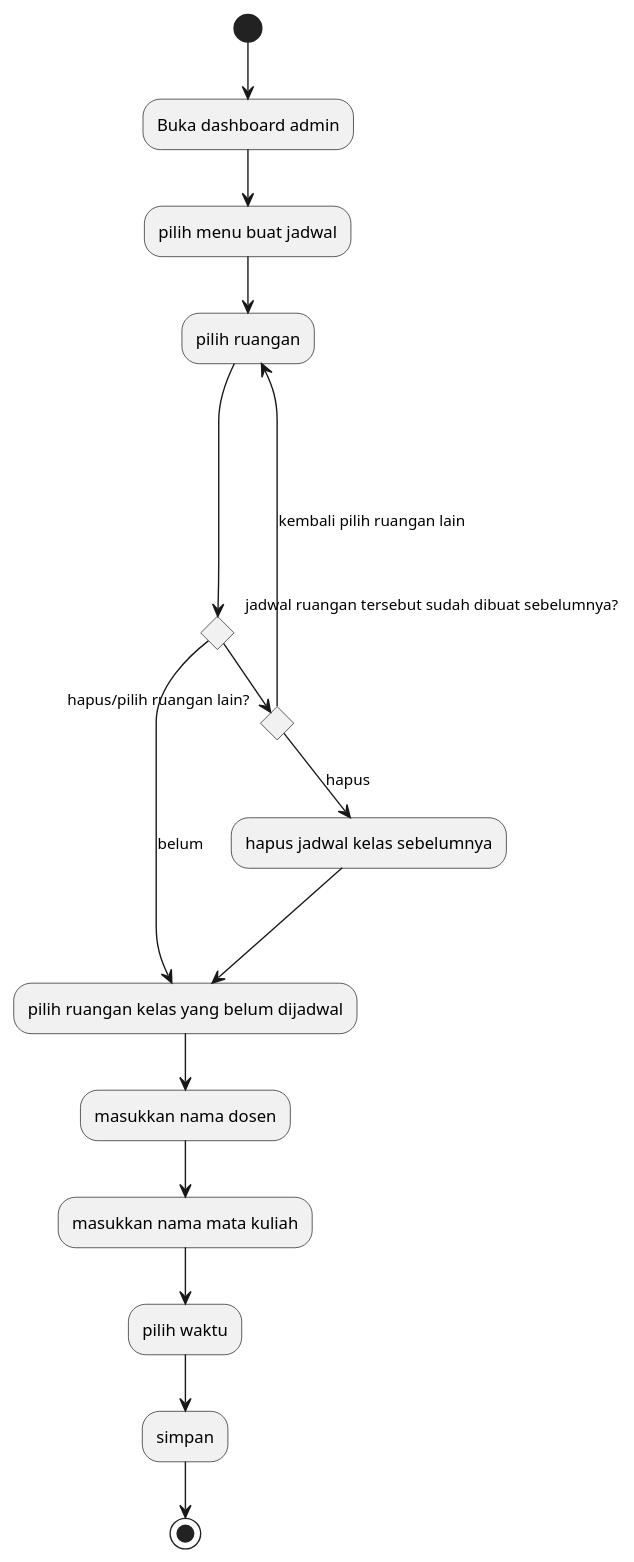
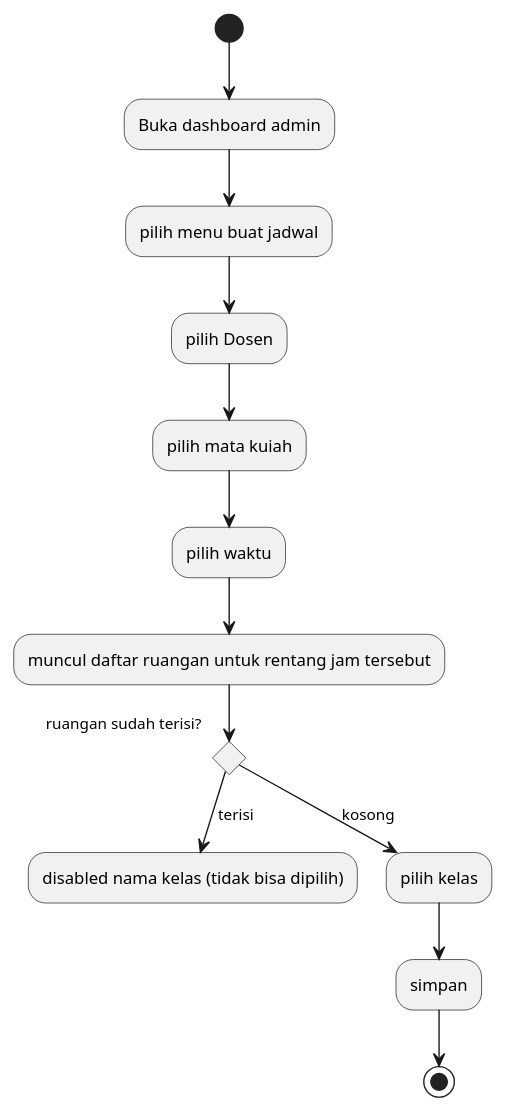
The diagram in docs/uml/activity/buat-jadwal-default.puml (Ikhlashmulya/ucm), drawn with PlantUML before and after one commit.

Commit message:
modified activity diagram

```diff
--- a/docs/uml/activity/buat-jadwal-default.puml
+++ b/docs/uml/activity/buat-jadwal-default.puml
@@ -1,22 +1,17 @@
 @startuml buat_jadwal
 
 (*) --> Buka dashboard admin
 --> pilih menu buat jadwal
---> pilih ruangan
-if "jadwal ruangan tersebut sudah dibuat sebelumnya?" then
-    if hapus/pilih ruangan lain? then
-        --> [hapus] hapus jadwal kelas sebelumnya
-        ---> pilih ruangan kelas yang belum dijadwal
-    else
-        ------> [kembali pilih ruangan lain] pilih ruangan
-    endif
+--> pilih Dosen
+--> pilih mata kuiah
+--> pilih waktu
+--> muncul daftar ruangan untuk rentang jam tersebut
+if "ruangan sudah terisi?" then
+    --> [terisi] disabled nama kelas (tidak bisa dipilih)
 else
-    --> [belum] pilih ruangan kelas yang belum dijadwal
+    --> [kosong] pilih kelas
 endif
---> masukkan nama dosen
---> masukkan nama mata kuliah
---> pilih waktu
 --> simpan
 --> (*)
 
 @enduml
```
